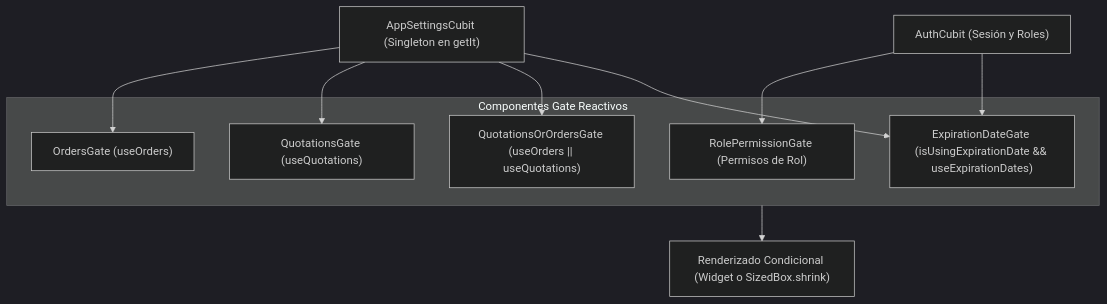
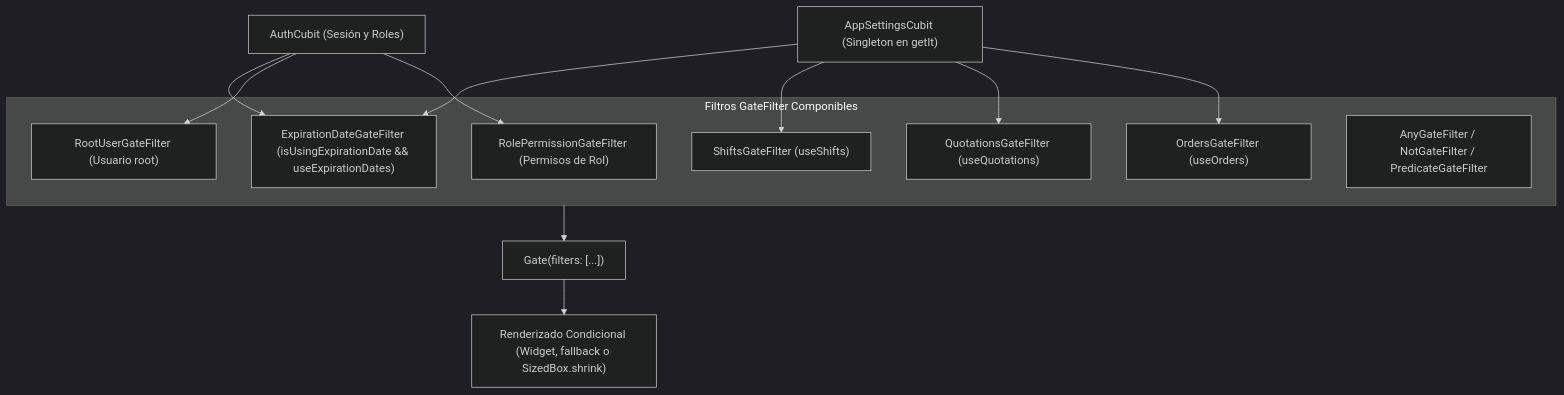
Before and after one commit to NathanDraco22/kardex-app-web: the second of 2 diagrams in wiki/sistema_navegacion.md, drawn with Mermaid (dark theme). The commit also changed other lines of this file and 42 other files, not shown here.

Commit message:
refactor(gates): unificar Gates en widget Gate con GateFilter componibles

````diff
--- a/wiki/sistema_navegacion.md
+++ b/wiki/sistema_navegacion.md
@@ -166,22 +165,26 @@
 ```mermaid
 flowchart TD
     AppSettingsCubit["AppSettingsCubit (Singleton en getIt)"]
     AuthCubit["AuthCubit (Sesión y Roles)"]
 
-    subgraph Gates ["Componentes Gate Reactivos"]
-        RoleGate["RolePermissionGate (Permisos de Rol)"]
-        OrdersGate["OrdersGate (useOrders)"]
-        QuotGate["QuotationsGate (useQuotations)"]
-        QuotOrOrdersGate["QuotationsOrOrdersGate (useOrders || useQuotations)"]
-        ExpGate["ExpirationDateGate (isUsingExpirationDate && useExpirationDates)"]
+    subgraph Filters ["Filtros GateFilter Componibles"]
+        RoleFilter["RolePermissionGateFilter (Permisos de Rol)"]
+        RootFilter["RootUserGateFilter (Usuario root)"]
+        OrdersFilter["OrdersGateFilter (useOrders)"]
+        QuotFilter["QuotationsGateFilter (useQuotations)"]
+        ShiftsFilter["ShiftsGateFilter (useShifts)"]
+        ExpFilter["ExpirationDateGateFilter (isUsingExpirationDate && useExpirationDates)"]
+        Comb["AnyGateFilter / NotGateFilter / PredicateGateFilter"]
     end
 
-    AppSettingsCubit --> OrdersGate
-    AppSettingsCubit --> QuotGate
-    AppSettingsCubit --> QuotOrOrdersGate
-    AppSettingsCubit --> ExpGate
-    AuthCubit --> RoleGate
-    AuthCubit --> ExpGate
+    AppSettingsCubit --> OrdersFilter
+    AppSettingsCubit --> QuotFilter
+    AppSettingsCubit --> ShiftsFilter
+    AppSettingsCubit --> ExpFilter
+    AuthCubit --> RoleFilter
+    AuthCubit --> RootFilter
+    AuthCubit --> ExpFilter
 
-    Gates --> UI["Renderizado Condicional (Widget o SizedBox.shrink)"]
+    Filters --> GateWidget["Gate(filters: [...])"]
+    GateWidget --> UI["Renderizado Condicional (Widget, fallback o SizedBox.shrink)"]
 ```
````
